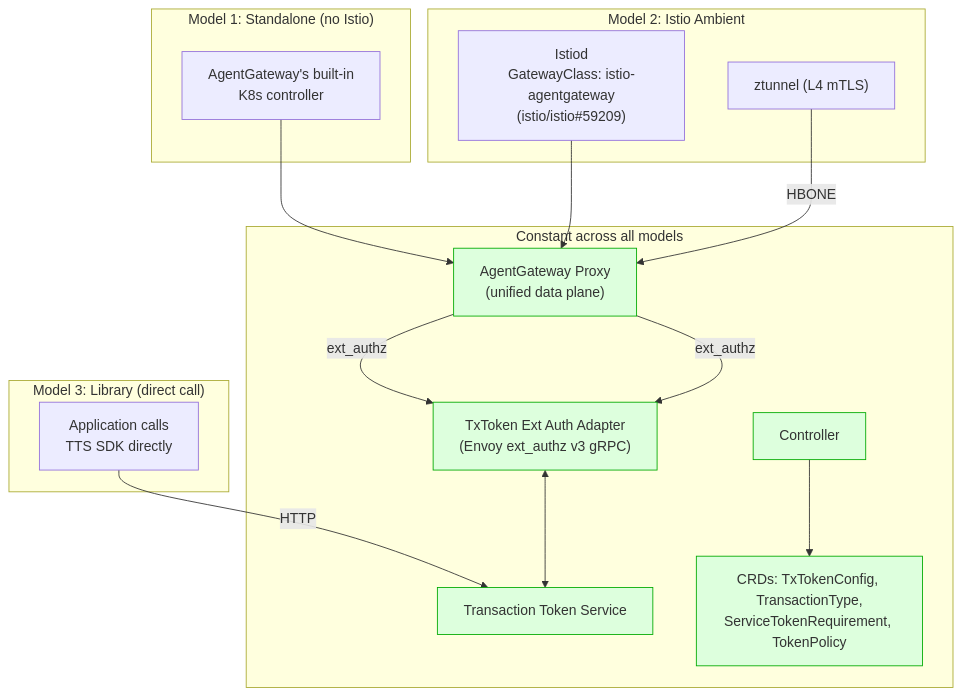
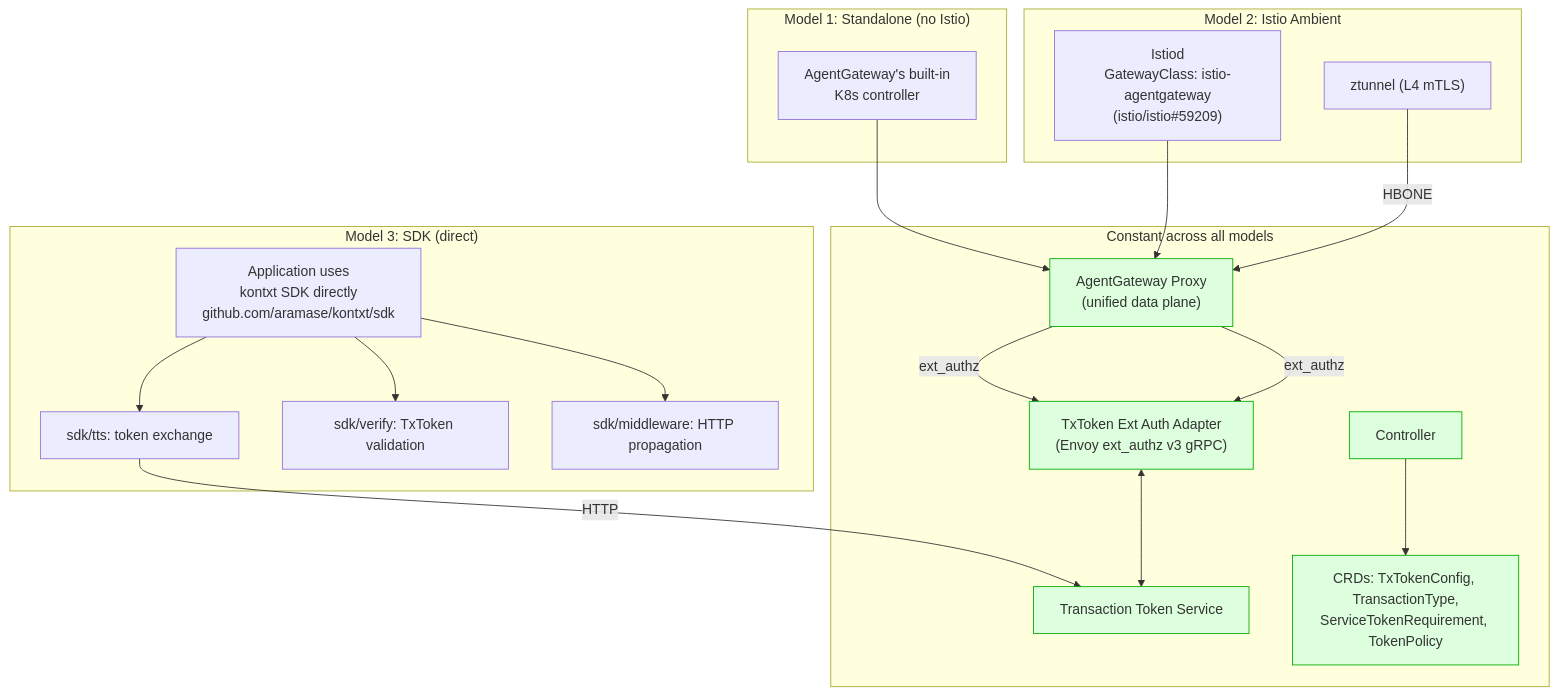
Diagram 18 of 18 in docs/diagrams.md (aramase/kontxt), drawn with Mermaid before and after one commit. The commit also changed other lines of this file and 1 other file, not shown here.

First line of the commit message:
docs: adopt KEP-3331-inspired IdP config, add SDK model

````diff
--- a/docs/diagrams.md
+++ b/docs/diagrams.md
@@ -583,35 +579,41 @@
 ```mermaid
 flowchart TB
     subgraph "Constant across all models"
         TTS["Transaction Token Service"]
         EA["TxToken Ext Auth Adapter<br/>(Envoy ext_authz v3 gRPC)"]
         CRDs["CRDs: TxTokenConfig, TransactionType,<br/>ServiceTokenRequirement, TokenPolicy"]
         CTRL["Controller"]
         AGW_PROXY["AgentGateway Proxy<br/>(unified data plane)"]
     end
 
     subgraph "Model 1: Standalone (no Istio)"
         CP1["AgentGateway's built-in<br/>K8s controller"] --> AGW_PROXY
         AGW_PROXY -->|"ext_authz"| EA
     end
 
     subgraph "Model 2: Istio Ambient"
         CP2["Istiod<br/>GatewayClass: istio-agentgateway<br/>(istio/istio#59209)"] --> AGW_PROXY
         ZT2["ztunnel (L4 mTLS)"] -->|"HBONE"| AGW_PROXY
         AGW_PROXY -->|"ext_authz"| EA
     end
 
-    subgraph "Model 3: Library (direct call)"
-        APP["Application calls<br/>TTS SDK directly"]
-        APP -->|"HTTP"| TTS
+    subgraph "Model 3: SDK (direct)"
+        APP["Application uses<br/>kontxt SDK directly<br/>github.com/aramase/kontxt/sdk"]
+        APP_TTS["sdk/tts: token exchange"]
+        APP_VER["sdk/verify: TxToken validation"]
+        APP_MW["sdk/middleware: HTTP propagation"]
+        APP --> APP_TTS
+        APP --> APP_VER
+        APP --> APP_MW
+        APP_TTS -->|"HTTP"| TTS
     end
 
     CTRL --> CRDs
     EA <--> TTS
 
     style TTS fill:#dfd,stroke:#0a0
     style EA fill:#dfd,stroke:#0a0
     style CRDs fill:#dfd,stroke:#0a0
     style CTRL fill:#dfd,stroke:#0a0
     style AGW_PROXY fill:#dfd,stroke:#0a0
 ```
````
